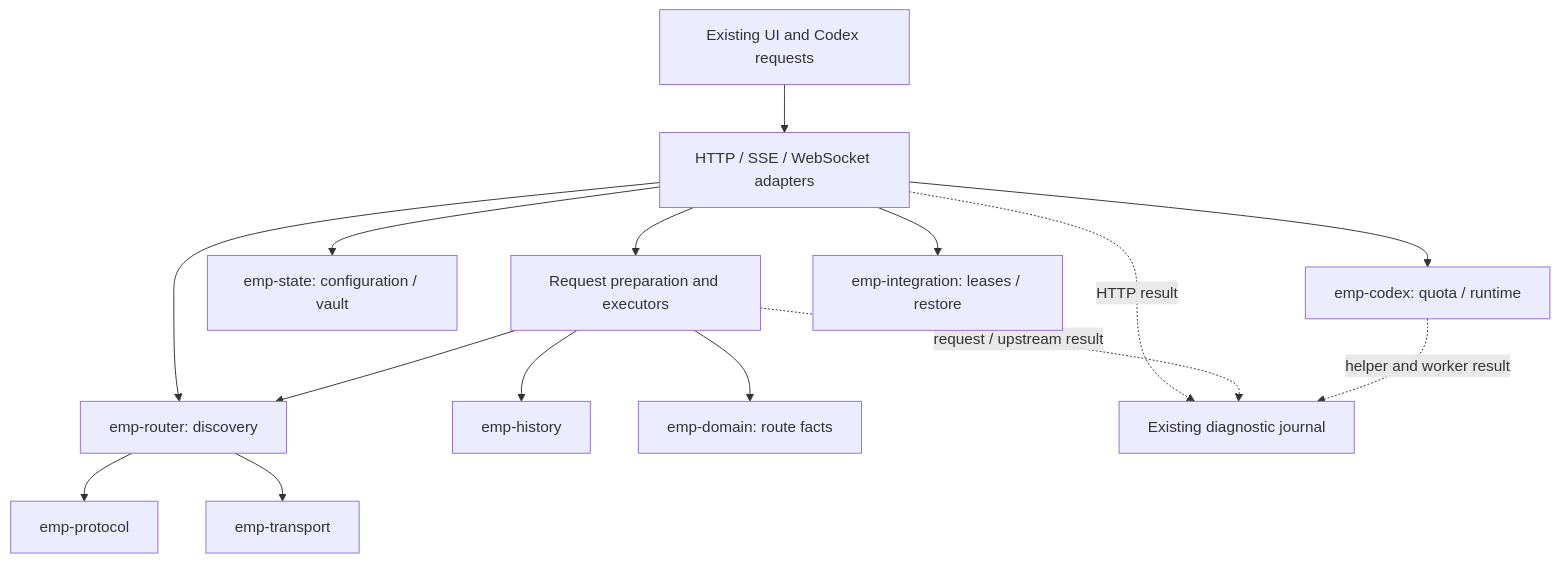
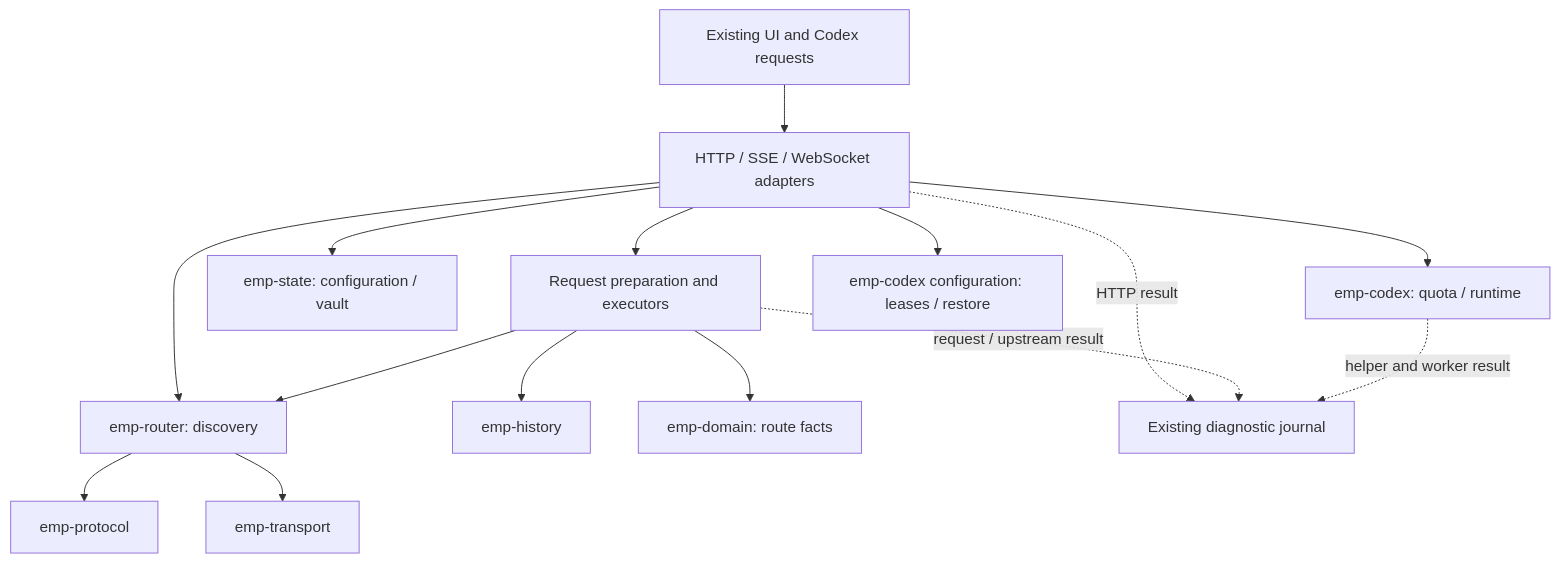
The first of 2 diagrams in docs/backend-workflows.md (Killow1998/EasyMultiProvider), drawn with Mermaid before and after one commit. The commit also changed other lines of this file and 45 other files, not shown here.

First line of the commit message:
Merge emp-integration into emp-codex configuration (C9)

````diff
--- a/docs/backend-workflows.md
+++ b/docs/backend-workflows.md
@@ -128,17 +128,17 @@
 ```mermaid
 flowchart TD
   U[Existing UI and Codex requests] --> API[HTTP / SSE / WebSocket adapters]
   API --> R[Request preparation and executors]
   API --> S[emp-state: configuration / vault]
   API --> D[emp-router: discovery]
   API --> C[emp-codex: quota / runtime]
-  API --> I[emp-integration: leases / restore]
+  API --> I[emp-codex configuration: leases / restore]
   R --> H[emp-history]
   R --> D
   D --> P[emp-protocol]
   D --> T[emp-transport]
   R --> K[emp-domain: route facts]
   API -. HTTP result .-> J[Existing diagnostic journal]
   R -. request / upstream result .-> J
   C -. helper and worker result .-> J
 ```
````
